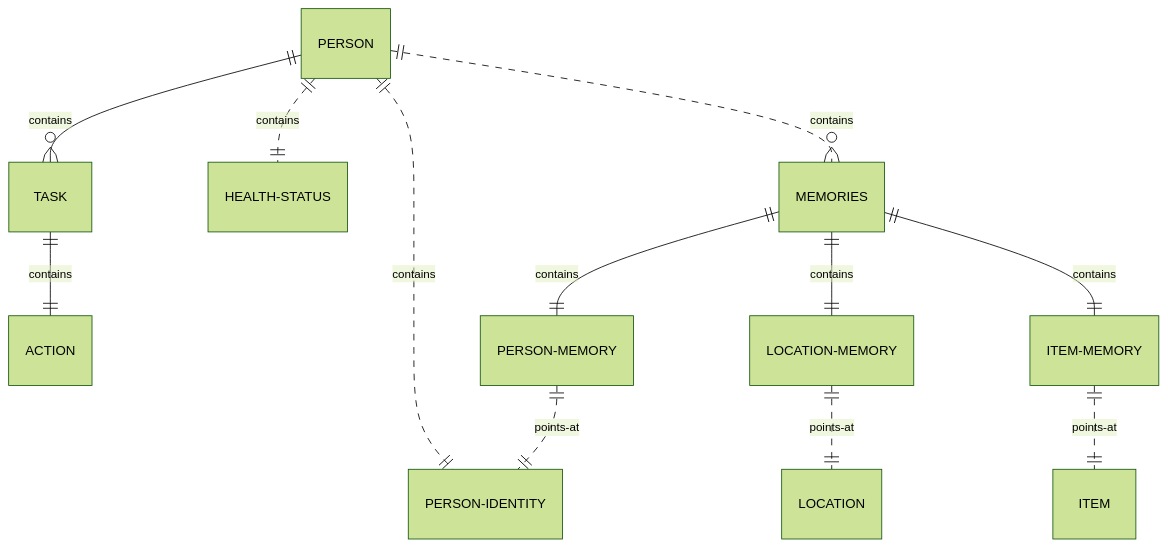
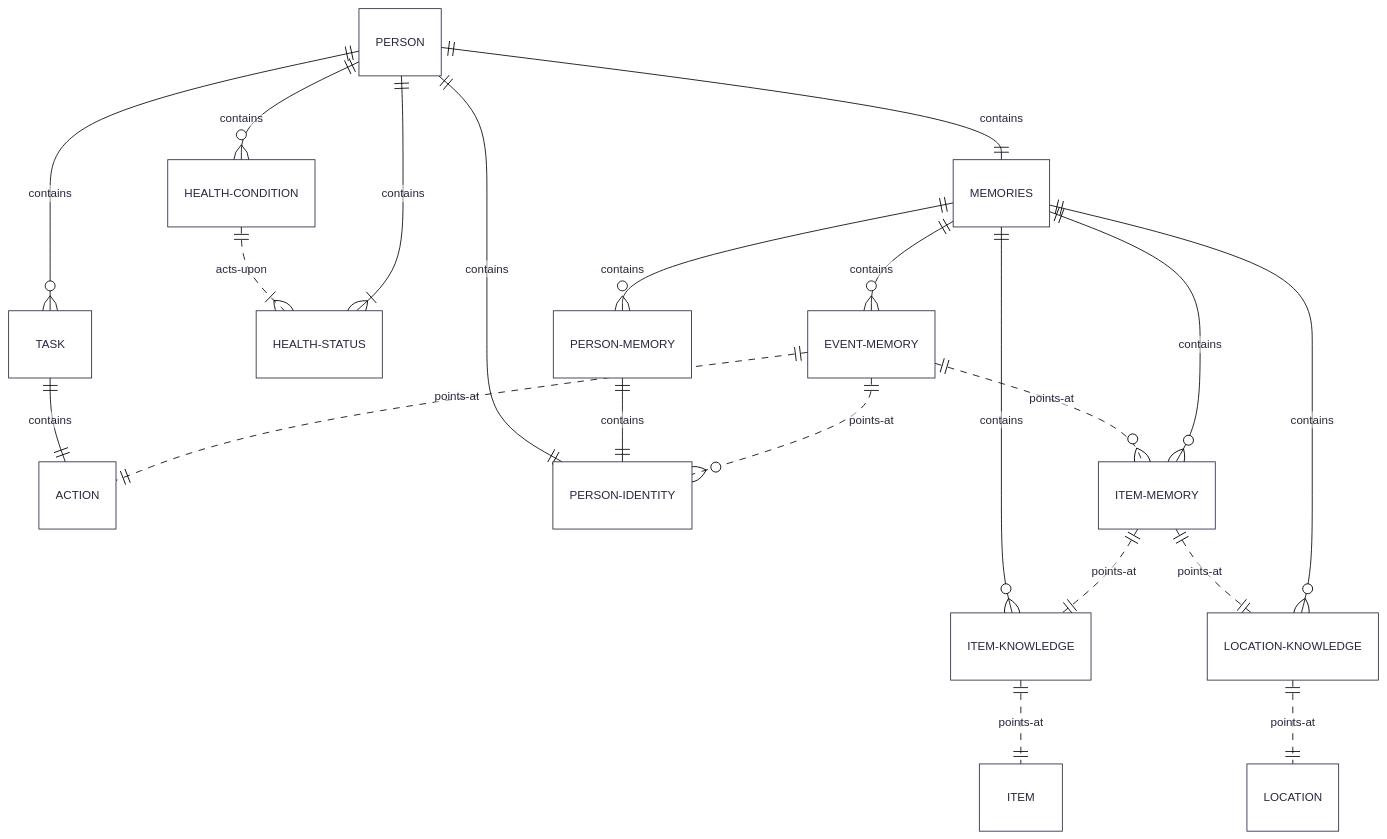
One commit to kire97/city_lator changed the second of 2 diagrams in README.md. Above: the diagram before and after it, drawn with Mermaid. The commit also changed other lines of this file, not shown here.

Commit message:
udpdate graphs

````diff
--- a/README.md
+++ b/README.md
@@ -83,18 +56,27 @@
 ```mermaid
 ---
 config:
-  theme: forest
+  theme: redux
 ---
 erDiagram
     PERSON ||--o{ TASK : contains
     TASK ||--|| ACTION : contains
-    PERSON ||..|| HEALTH-STATUS : contains
-    PERSON ||..|| PERSON-IDENTITY: contains
-    PERSON ||..o{ MEMORIES: contains
-    MEMORIES ||--|| PERSON-MEMORY: contains
-    MEMORIES ||--|| LOCATION-MEMORY: contains
-    MEMORIES ||--|| ITEM-MEMORY: contains
-    PERSON-MEMORY ||..|| PERSON-IDENTITY: points-at
-    LOCATION-MEMORY ||..|| LOCATION: points-at
-    ITEM-MEMORY ||..|| ITEM: points-at
+    PERSON ||--o{ HEALTH-CONDITION: contains
+    HEALTH-CONDITION ||..|{ HEALTH-STATUS: acts-upon
+    PERSON ||--|{ HEALTH-STATUS : contains
+    PERSON ||--|| PERSON-IDENTITY: contains
+    PERSON ||--|| MEMORIES: contains
+    MEMORIES ||--o{ ITEM-KNOWLEDGE: contains
+    ITEM-KNOWLEDGE ||..|| ITEM: points-at
+    MEMORIES ||--o{ PERSON-MEMORY: contains
+    ITEM-MEMORY ||..|| LOCATION-KNOWLEDGE: points-at
+    MEMORIES ||--o{ LOCATION-KNOWLEDGE: contains
+    EVENT-MEMORY ||..o{ ITEM-MEMORY: points-at
+    MEMORIES ||--o{ ITEM-MEMORY: contains
+    ITEM-MEMORY ||..|| ITEM-KNOWLEDGE: points-at
+    PERSON-MEMORY ||--|| PERSON-IDENTITY: contains
+    LOCATION-KNOWLEDGE ||..|| LOCATION: points-at
+    MEMORIES ||--o{ EVENT-MEMORY: contains
+    EVENT-MEMORY ||..o{ PERSON-IDENTITY: points-at
+    EVENT-MEMORY ||..|| ACTION: points-at
 ```
````
